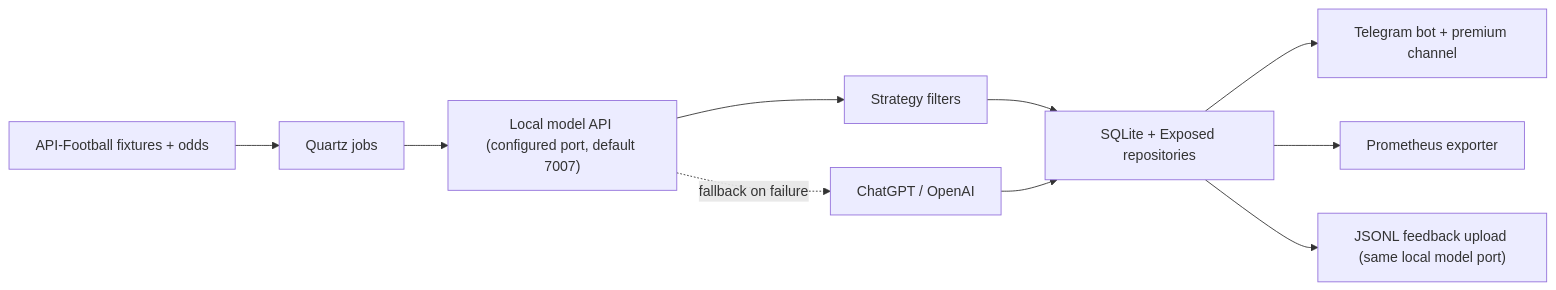
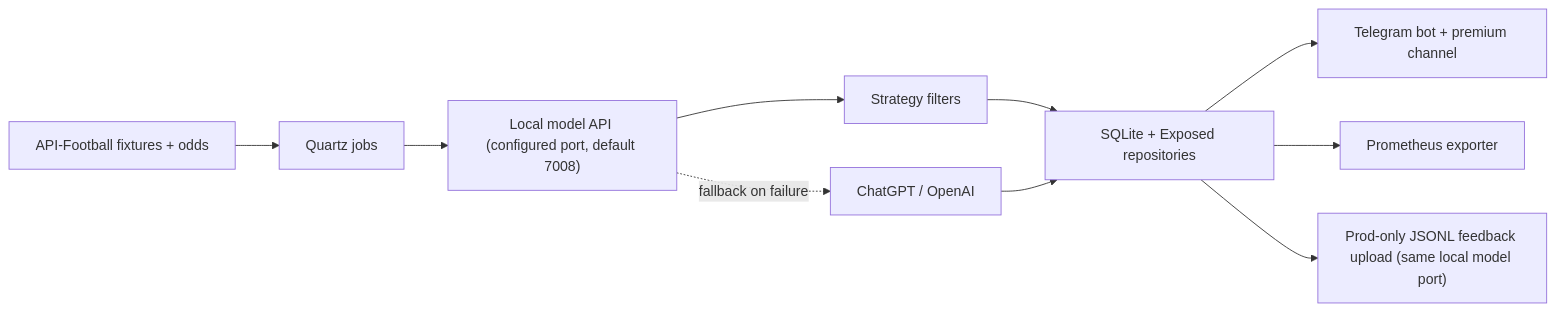
The diagram in README.md (anry88/BetPredictionBot), drawn with Mermaid before and after one commit. The commit also changed other lines of this file and 17 other files, not shown here.

Commit message:
Configure model upload and World Cup support

````diff
--- a/README.md
+++ b/README.md
@@ -35,12 +35,12 @@
 ```mermaid
 flowchart LR
     A["API-Football fixtures + odds"] --> B["Quartz jobs"]
-    B --> C["Local model API (configured port, default 7007)"]
+    B --> C["Local model API (configured port, default 7008)"]
     C --> D["Strategy filters"]
     C -. fallback on failure .-> E["ChatGPT / OpenAI"]
     D --> F["SQLite + Exposed repositories"]
     E --> F
     F --> G["Telegram bot + premium channel"]
     F --> H["Prometheus exporter"]
-    F --> I["JSONL feedback upload (same local model port)"]
+    F --> I["Prod-only JSONL feedback upload (same local model port)"]
 ```
````
